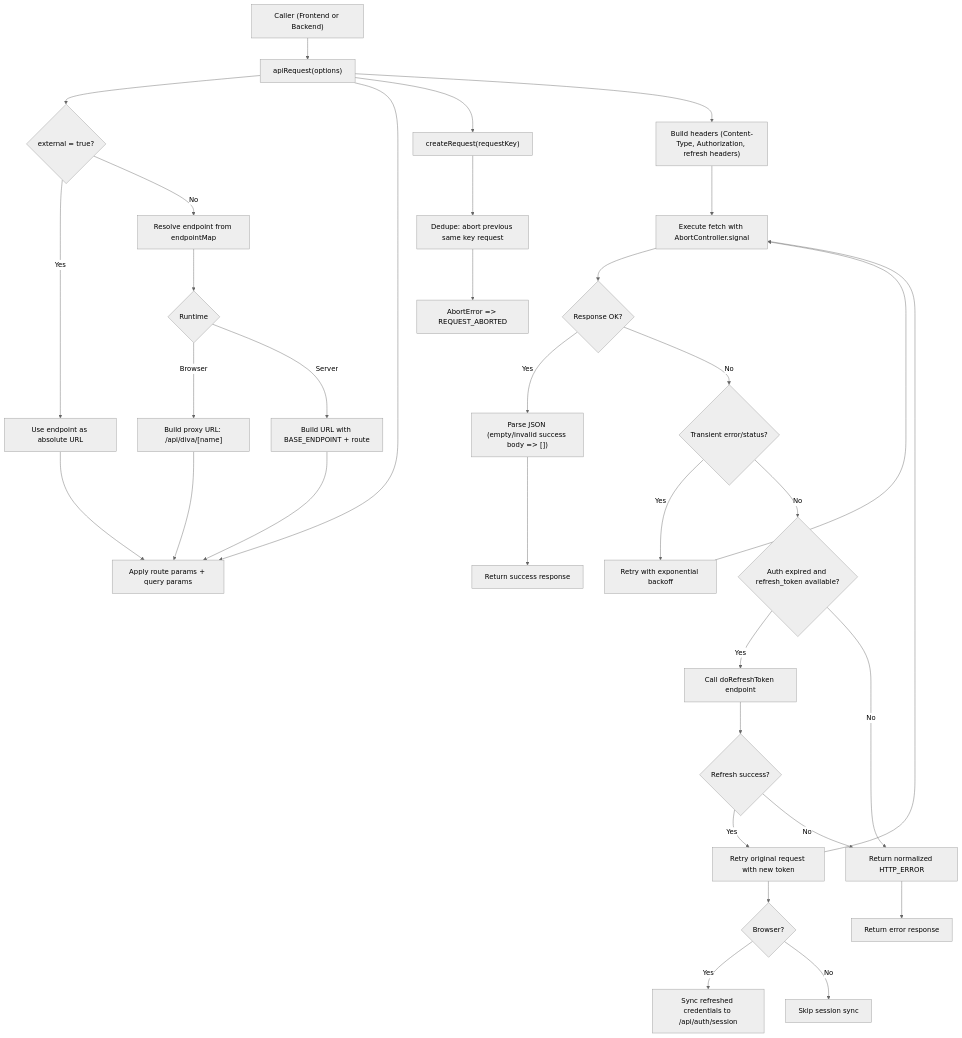
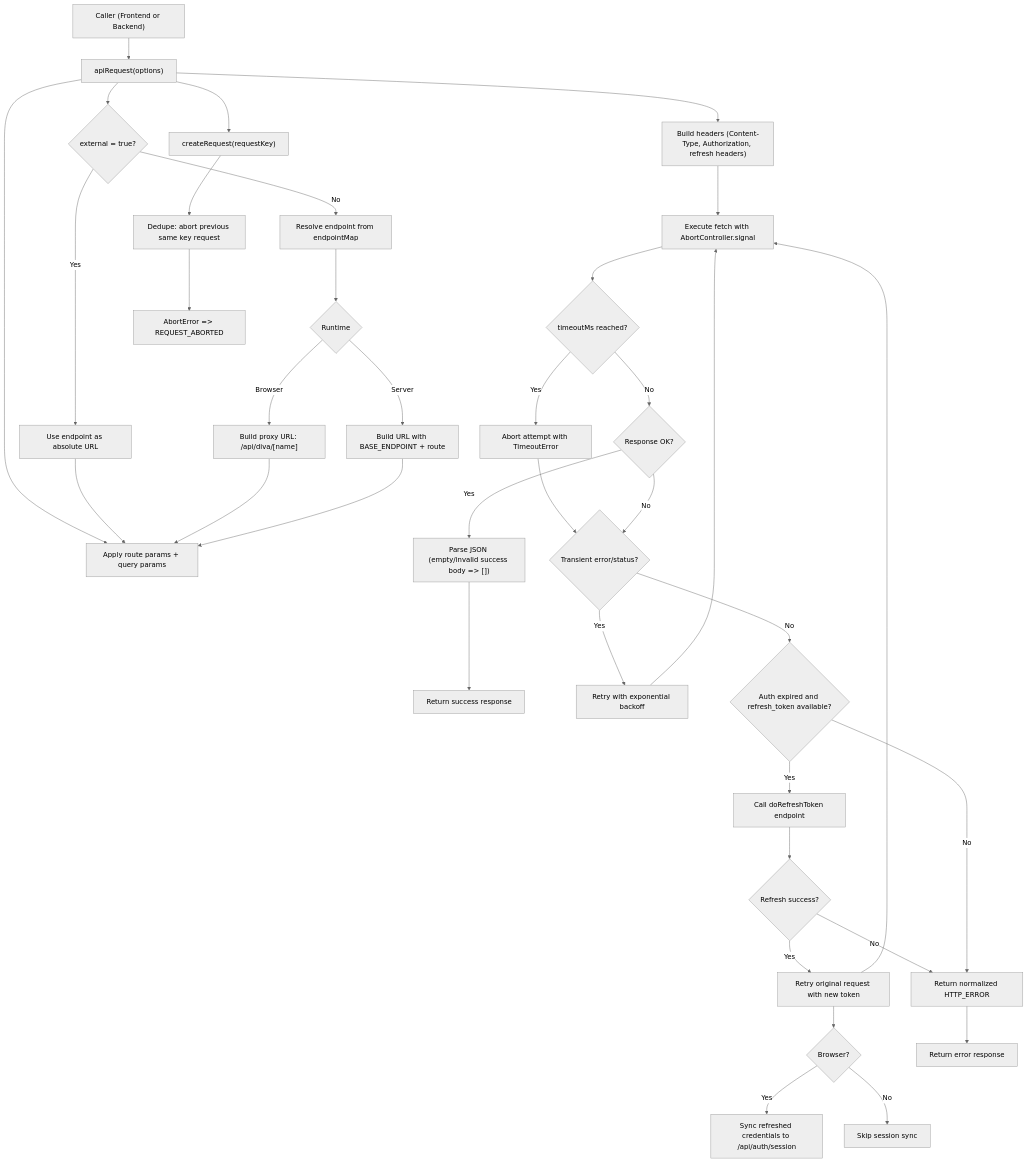
The diagram in src/lib/diva-api/docs/flow.mmd (fujianto/diva-sv-starter), drawn with Mermaid (neutral theme) before and after one commit. The commit also changed 17 other files, not shown here.

```diff
--- a/src/lib/diva-api/docs/flow.mmd
+++ b/src/lib/diva-api/docs/flow.mmd
@@ -1,44 +1,48 @@
 flowchart TD
   A["Caller (Frontend or Backend)"] --> B["apiRequest(options)"]
 
   B --> C{"external = true?"}
   C -->|Yes| D["Use endpoint as absolute URL"]
   C -->|No| E["Resolve endpoint from endpointMap"]
 
   E --> F{"Runtime"}
   F -->|Browser| G["Build proxy URL: /api/diva/[name]"]
   F -->|Server| H["Build URL with BASE_ENDPOINT + route"]
 
   B --> I["Apply route params + query params"]
   D --> I
   G --> I
   H --> I
 
   B --> J["createRequest(requestKey)"]
   J --> K["Dedupe: abort previous same key request"]
 
   B --> L["Build headers (Content-Type, Authorization, refresh headers)"]
   L --> M["Execute fetch with AbortController.signal"]
+  M --> T0{"timeoutMs reached?"}
+  T0 -->|Yes| T1["Abort attempt with TimeoutError"]
+  T1 --> Q
+  T0 -->|No| N
 
-  M --> N{"Response OK?"}
+  N{"Response OK?"}
   N -->|Yes| O["Parse JSON (empty/invalid success body => [])"]
   O --> P["Return success response"]
 
   N -->|No| Q{"Transient error/status?"}
   Q -->|Yes| R["Retry with exponential backoff"]
   R --> M
   Q -->|No| S{"Auth expired and refresh_token available?"}
 
   S -->|Yes| T["Call doRefreshToken endpoint"]
   T --> U{"Refresh success?"}
   U -->|Yes| V["Retry original request with new token"]
   V --> W{"Browser?"}
   W -->|Yes| X["Sync refreshed credentials to /api/auth/session"]
   W -->|No| Y["Skip session sync"]
   V --> M
   U -->|No| Z["Return normalized HTTP_ERROR"]
 
   S -->|No| Z
 
   Z --> AA["Return error response"]
   K --> AB["AbortError => REQUEST_ABORTED"]
```
